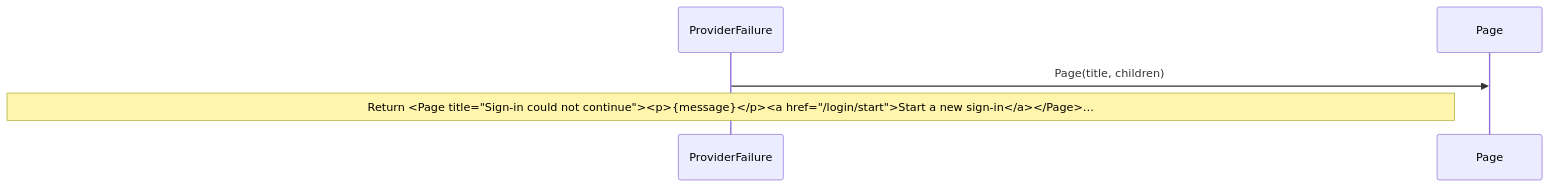
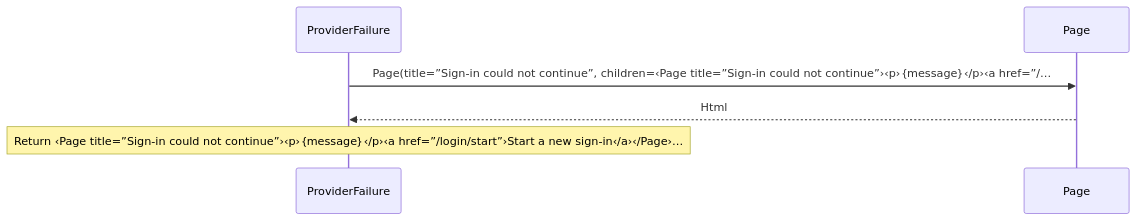
The third of 3 diagrams in docs/examples/oidc-login/provider/views-diagrams.md (GreenPandaStudios/augscript), drawn with Mermaid before and after one commit. The commit also changed other lines of this file and 524 other files, not shown here.

Commit message:
Explain checked data flow at folder and service levels

````diff
--- a/docs/examples/oidc-login/provider/views-diagrams.md
+++ b/docs/examples/oidc-login/provider/views-diagrams.md
@@ -56,7 +56,8 @@
 ```mermaid
 sequenceDiagram
     participant p0 as ProviderFailure
     participant p1 as Page
-    p0->>p1: Page(title, children)
-    Note over p0: Return #60;Page title=#34;Sign-in could not continue#34;#62;#60;p#62;#123;message#125;#60;/p#62;#60;a href=#34;/login/start#34;#62;Start a new sign-in#60;/a#62;#60;/Page#62;…
+    p0->>p1: Page(title=”Sign-in could not continue”, children=‹Page title=”Sign-in could not continue”›‹p›｛message｝‹/p›‹a href=”/…
+    p1-->>p0: Html
+    Note over p0: Return ‹Page title=”Sign-in could not continue”›‹p›｛message｝‹/p›‹a href=”/login/start”›Start a new sign-in‹/a›‹/Page›…
 ```
````
